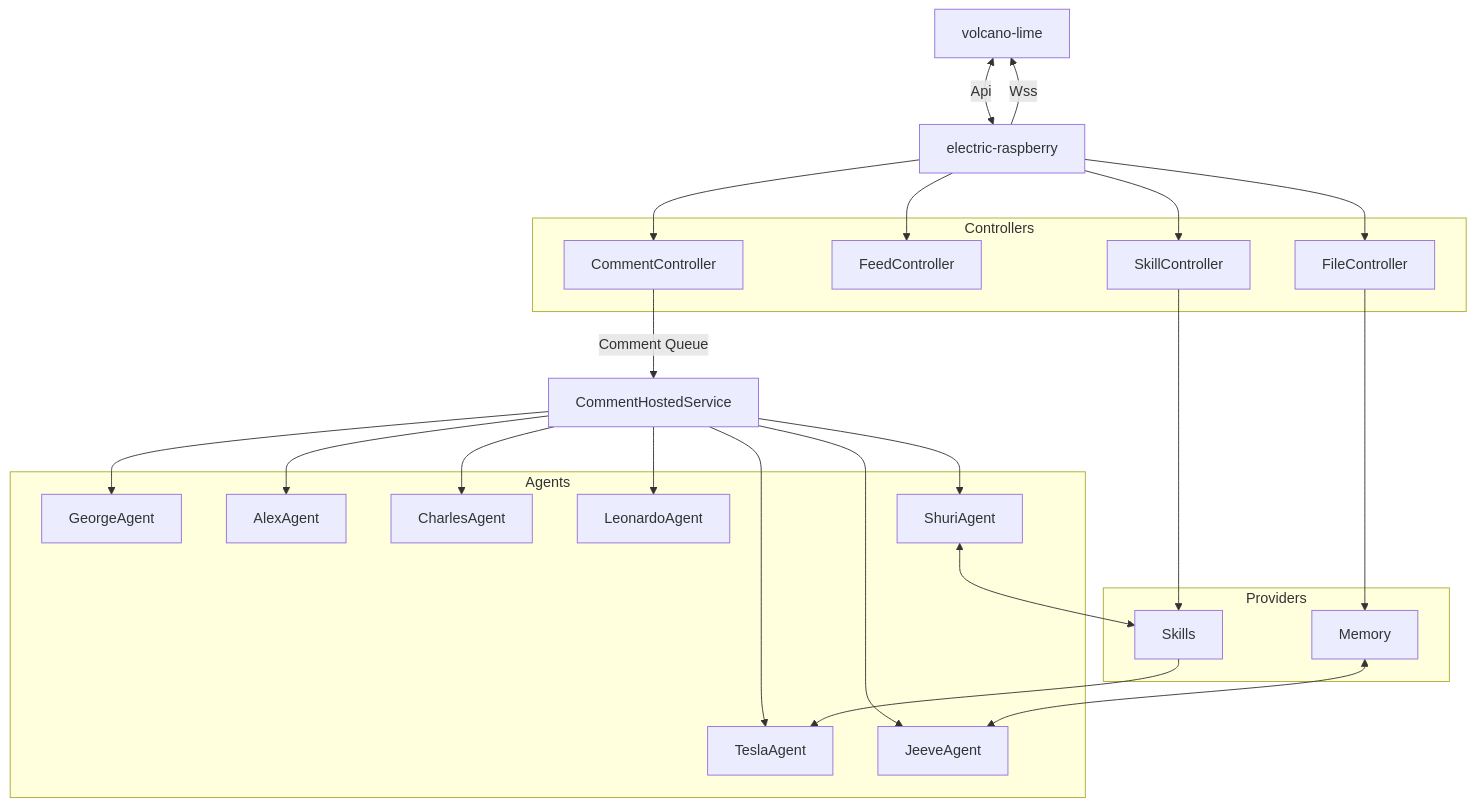
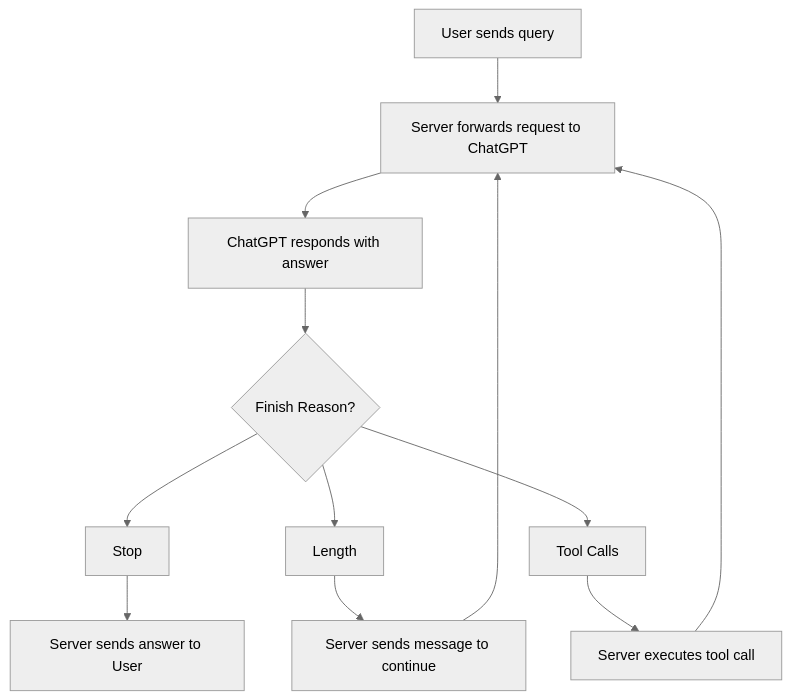
One commit to BoundlessStudio/ElectricRaspberry changed the first of 2 diagrams in README.md. Above: the diagram before and after it, drawn with Mermaid. The commit also changed other lines of this file and 43 other files, not shown here.

````diff
--- a/README.md
+++ b/README.md
@@ -19,50 +26,14 @@
 ```mermaid
-graph TD
-
-    A[volcano-lime]
-    B[electric-raspberry]
-
-    subgraph Controllers
-    C[CommentController]
-    D[FeedController]
-    E[FileController]
-    F[SkillController]
-    end
-
-    G[CommentHostedService]
-
-    subgraph Agents
-    H[GeorgeAgent]
-    M[AlexAgent]
-    I[CharlesAgent]
-    K[LeonardoAgent]
-    J[TeslaAgent]
-    N[ShuriAgent]
-    L[JeeveAgent]
-    end
-
-    subgraph Providers
-    O[Skills]
-    P[Memory]
-    end
-    
-    A<-->|Api|B
-    B-->|Wss|A
-    B-->C
-    B-->D
-    B-->E
-    B-->F  
-    C-->|Comment Queue|G
-    G-->H
-    G-->M
-    G-->I
-    G-->K
-    G-->J
-    G-->N
-    G-->L
-    N<-->O
-    O-->J
-    P<-->L
-    E-->P
-    F-->O
+flowchart TD
+%%{init: { 'theme': 'neutral' } }%%
+  A[User sends query] --> B[Server forwards request to ChatGPT]
+  B --> C[ChatGPT responds with answer]
+  C --> D{Finish Reason?}
+  D --> E[Stop] --> F[Server sends answer to User]
+  D --> G[Length]
+  G --> H[Server sends message to continue]
+  H --> B
+  D --> I[Tool Calls]
+  I --> J[Server executes tool call]
+  J --> B
 ```
````
